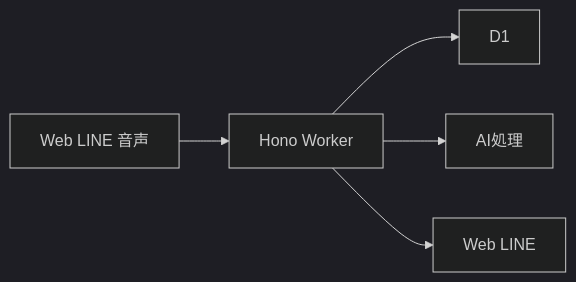
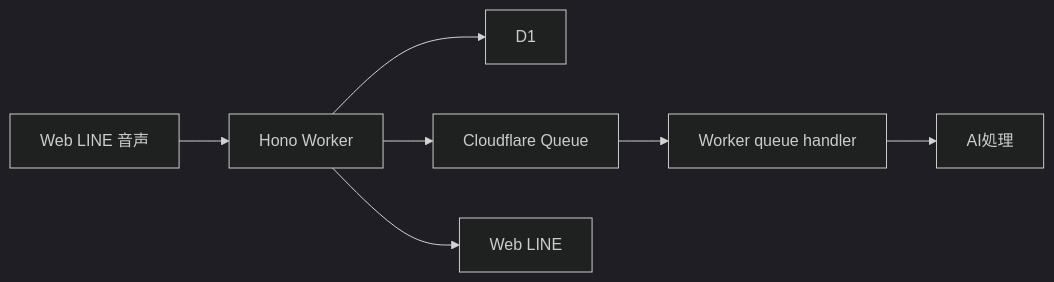
One commit to Digix00/58-Hackathon-202609 changed the second of 2 diagrams in docs/technical/architecture.md. Above: the diagram before and after it, drawn with Mermaid (dark theme). The commit also changed other lines of this file and 15 other files, not shown here.

````diff
--- a/docs/technical/architecture.md
+++ b/docs/technical/architecture.md
@@ -18,7 +18,9 @@
 ```mermaid
 flowchart LR
   Sources["Web LINE 音声"] --> Worker["Hono Worker"]
   Worker --> D1["D1"]
-  Worker --> AI["AI処理"]
+  Worker --> Queue["Cloudflare Queue"]
+  Queue --> Consumer["Worker queue handler"]
+  Consumer --> AI["AI処理"]
   Worker --> Output["Web LINE"]
 ```
````
